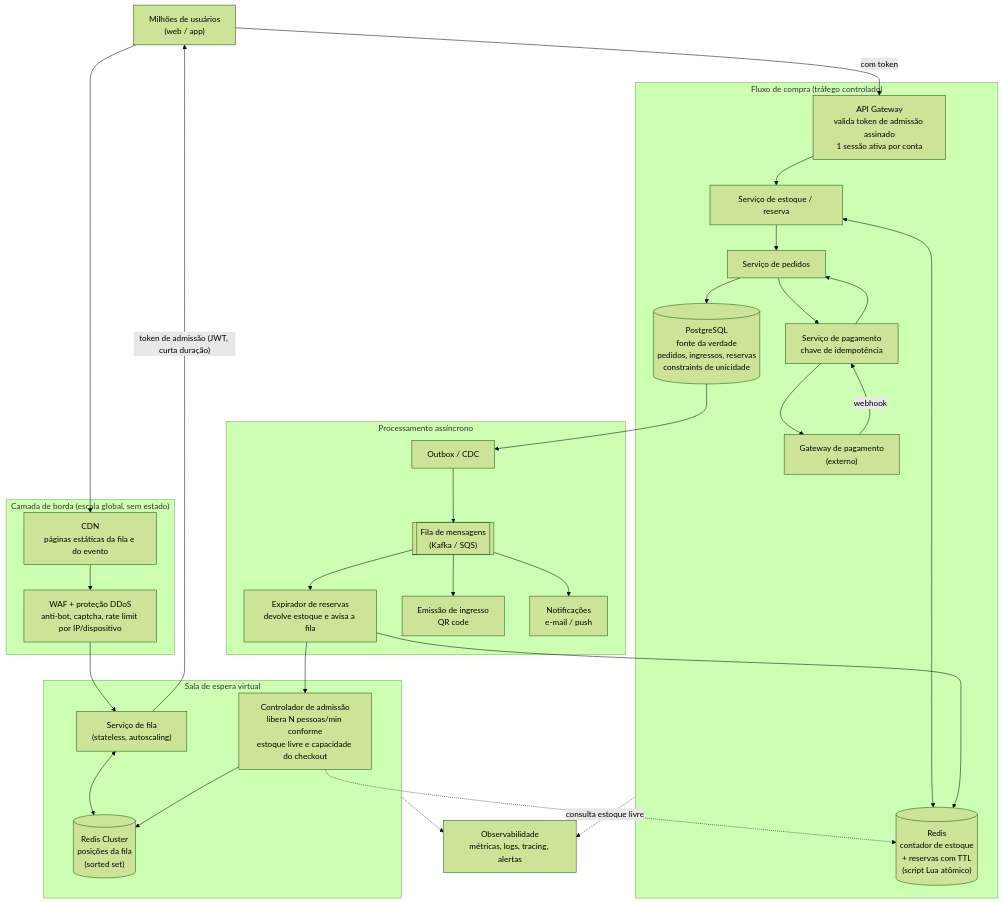
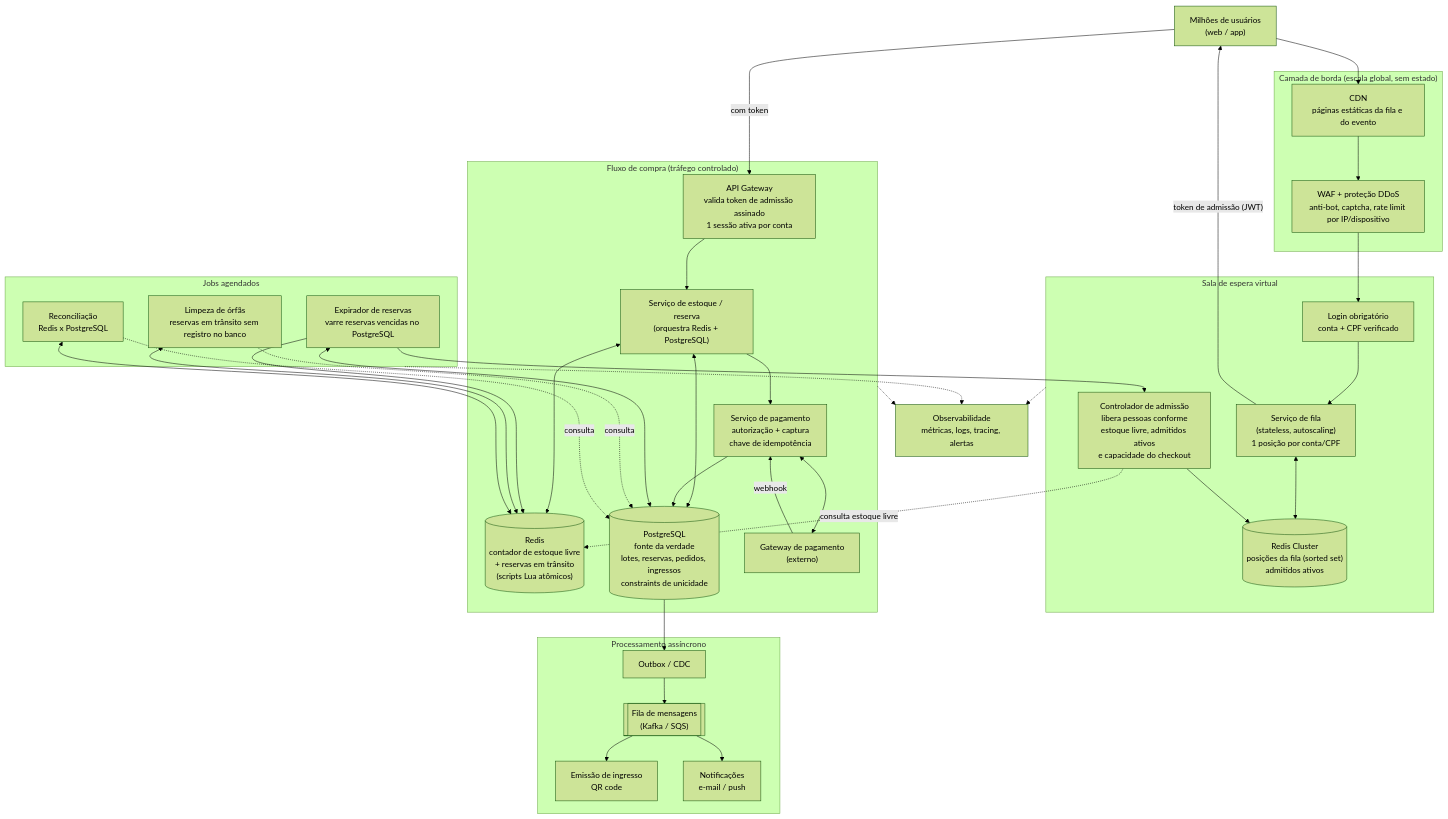
The first of 3 diagrams in README.md (viniciusnau/rock-in-rio-ticketing-architecture), drawn with Mermaid (forest theme) before and after one commit. The commit also changed other lines of this file, not shown here.

Commit message:
Fix reservation consistency, payment races and queue fairness in architecture

````diff
--- a/README.md
+++ b/README.md
@@ -15,57 +15,67 @@
 ```mermaid
 flowchart TB
     U["Milhões de usuários<br/>(web / app)"]
 
     subgraph EDGE["Camada de borda (escala global, sem estado)"]
         CDN["CDN<br/>páginas estáticas da fila e do evento"]
         WAF["WAF + proteção DDoS<br/>anti-bot, captcha, rate limit por IP/dispositivo"]
     end
 
     subgraph QUEUE["Sala de espera virtual"]
-        WR["Serviço de fila<br/>(stateless, autoscaling)"]
-        QS[("Redis Cluster<br/>posições da fila<br/>(sorted set)")]
-        ADM["Controlador de admissão<br/>libera N pessoas/min conforme<br/>estoque livre e capacidade do checkout"]
+        AUTH["Login obrigatório<br/>conta + CPF verificado"]
+        WR["Serviço de fila<br/>(stateless, autoscaling)<br/>1 posição por conta/CPF"]
+        QS[("Redis Cluster<br/>posições da fila (sorted set)<br/>admitidos ativos")]
+        ADM["Controlador de admissão<br/>libera pessoas conforme<br/>estoque livre, admitidos ativos<br/>e capacidade do checkout"]
     end
 
     subgraph CORE["Fluxo de compra (tráfego controlado)"]
         GW["API Gateway<br/>valida token de admissão assinado<br/>1 sessão ativa por conta"]
-        INV["Serviço de estoque / reserva"]
-        RS[("Redis<br/>contador de estoque<br/>+ reservas com TTL<br/>(script Lua atômico)")]
-        ORD["Serviço de pedidos"]
-        DB[("PostgreSQL<br/>fonte da verdade<br/>pedidos, ingressos, reservas<br/>constraints de unicidade")]
-        PAY["Serviço de pagamento<br/>chave de idempotência"]
+        INV["Serviço de estoque / reserva<br/>(orquestra Redis + PostgreSQL)"]
+        RS[("Redis<br/>contador de estoque livre<br/>+ reservas em trânsito<br/>(scripts Lua atômicos)")]
+        DB[("PostgreSQL<br/>fonte da verdade<br/>lotes, reservas, pedidos, ingressos<br/>constraints de unicidade")]
+        PAY["Serviço de pagamento<br/>autorização + captura<br/>chave de idempotência"]
         PSP["Gateway de pagamento<br/>(externo)"]
+    end
+
+    subgraph JOBS["Jobs agendados"]
+        EXP["Expirador de reservas<br/>varre reservas vencidas no PostgreSQL"]
+        ORF["Limpeza de órfãs<br/>reservas em trânsito sem registro no banco"]
+        REC["Reconciliação<br/>Redis x PostgreSQL"]
     end
 
     subgraph ASYNC["Processamento assíncrono"]
         OUT["Outbox / CDC"]
         MQ[["Fila de mensagens<br/>(Kafka / SQS)"]]
-        EXP["Expirador de reservas<br/>devolve estoque e avisa a fila"]
         TKT["Emissão de ingresso<br/>QR code"]
         NOT["Notificações<br/>e-mail / push"]
     end
 
     OBS["Observabilidade<br/>métricas, logs, tracing, alertas"]
 
-    U --> CDN --> WAF --> WR
+    U --> CDN --> WAF --> AUTH --> WR
     WR <--> QS
     ADM --> QS
     ADM -. "consulta estoque livre" .-> RS
-    WR -- "token de admissão (JWT, curta duração)" --> U
+    WR -- "token de admissão (JWT)" --> U
     U -- "com token" --> GW
     GW --> INV
     INV <--> RS
-    INV --> ORD
-    ORD --> DB
-    ORD --> PAY --> PSP
+    INV <--> DB
+    INV --> PAY
+    PAY <--> PSP
     PSP -- "webhook" --> PAY
-    PAY --> ORD
+    PAY --> DB
+    EXP <--> DB
+    EXP --> RS
+    EXP --> ADM
+    ORF <--> RS
+    ORF -. "consulta" .-> DB
+    REC <--> RS
+    REC -. "consulta" .-> DB
     DB --> OUT --> MQ
     MQ --> TKT
     MQ --> NOT
-    MQ --> EXP
-    EXP --> RS
-    EXP --> ADM
     CORE -.-> OBS
     QUEUE -.-> OBS
+    JOBS -.-> OBS
 ```
````
